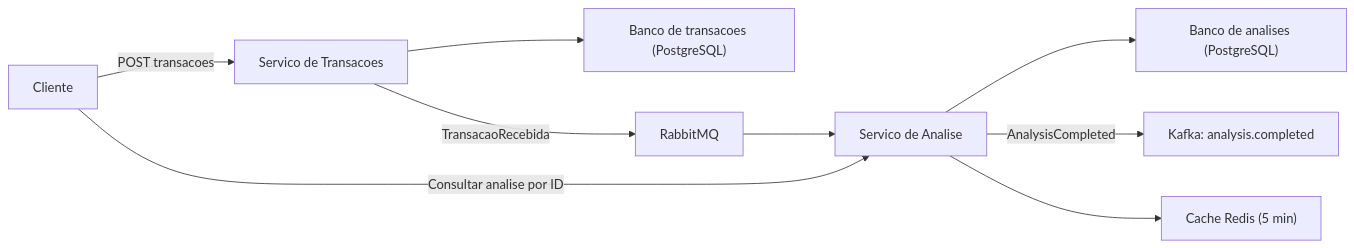
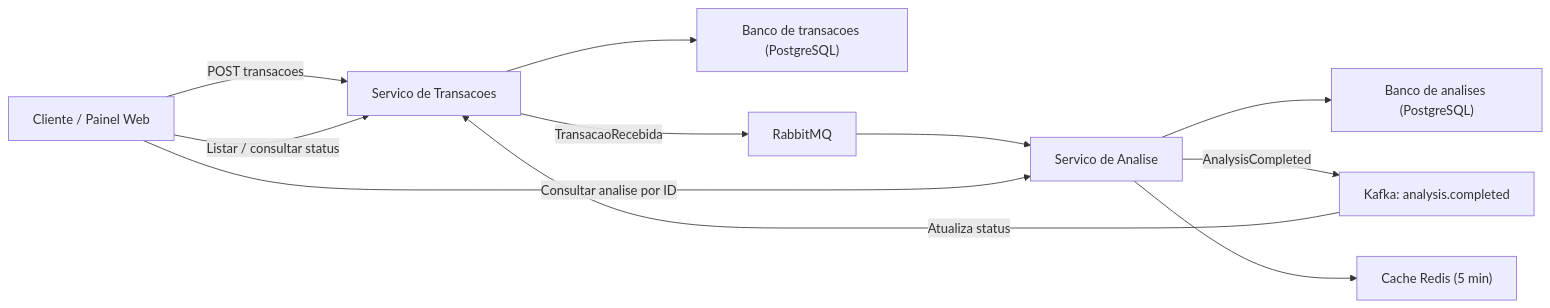
Before and after one commit to JTBCode86/antifraude-simplificado: the diagram in README.md, drawn with Mermaid. The commit also changed other lines of this file and 18 other files, not shown here.

````diff
--- a/README.md
+++ b/README.md
@@ -9,11 +9,13 @@
 ```mermaid
 flowchart LR
-    Cliente["Cliente"] -->|"POST transacoes"| T["Servico de Transacoes"]
+    Cliente["Cliente / Painel Web"] -->|"POST transacoes"| T["Servico de Transacoes"]
     T --> DB1["Banco de transacoes (PostgreSQL)"]
     T -->|"TransacaoRecebida"| Q["RabbitMQ"]
     Q --> A["Servico de Analise"]
     A --> DB2["Banco de analises (PostgreSQL)"]
     A -->|"AnalysisCompleted"| K["Kafka: analysis.completed"]
+    K -->|"Atualiza status"| T
     Cliente -->|"Consultar analise por ID"| A
+    Cliente -->|"Listar / consultar status"| T
     A --> C["Cache Redis (5 min)"]
 ```
````
